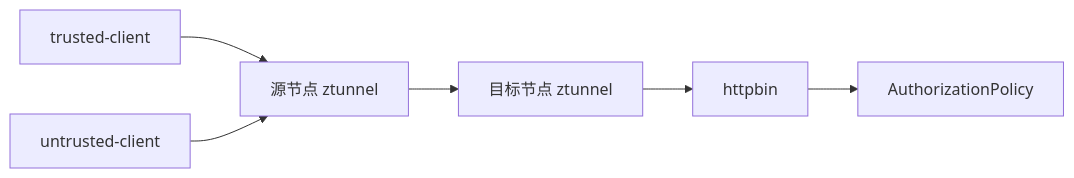
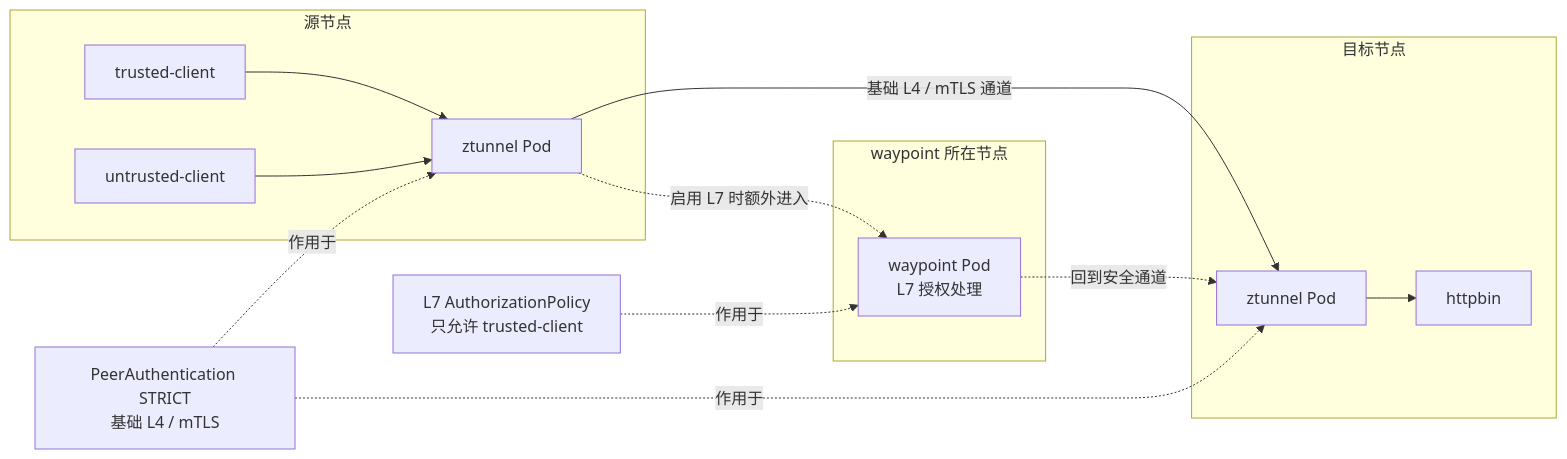
One commit to hwang-protocol/docker_k8s_2026 changed the fourth of 4 diagrams in k8s/05-security-and-zero-trust/docs/05_enable_jwt_and_mesh_security.md. Above: the diagram before and after it, drawn with Mermaid. The commit also changed other lines of this file, not shown here.

````diff
--- a/k8s/05-security-and-zero-trust/docs/05_enable_jwt_and_mesh_security.md
+++ b/k8s/05-security-and-zero-trust/docs/05_enable_jwt_and_mesh_security.md
@@ -146,8 +176,32 @@
 ```mermaid
 flowchart LR
-    trusted[trusted-client] --> ztunnelA[源节点 ztunnel]
-    untrusted[untrusted-client] --> ztunnelA
-    ztunnelA --> ztunnelB[目标节点 ztunnel]
-    ztunnelB --> httpbinSvc[httpbin]
-    httpbinSvc --> meshAuthz[AuthorizationPolicy]
+    subgraph nodeA[源节点]
+        trusted[trusted-client]
+        untrusted[untrusted-client]
+        ztunnelA[ztunnel Pod]
+    end
+
+    subgraph nodeW[waypoint 所在节点]
+        waypoint[waypoint Pod<br/>L7 授权处理]
+    end
+
+    subgraph nodeB[目标节点]
+        ztunnelB[ztunnel Pod]
+        httpbinSvc[httpbin]
+    end
+
+    meshMtls[PeerAuthentication STRICT<br/>基础 L4 / mTLS]
+    meshAuthz[L7 AuthorizationPolicy<br/>只允许 trusted-client]
+
+    trusted --> ztunnelA
+    untrusted --> ztunnelA
+
+    ztunnelA -->|基础 L4 / mTLS 通道| ztunnelB
+    ztunnelB --> httpbinSvc
+
+    ztunnelA -. 启用 L7 时额外进入 .-> waypoint
+    waypoint -. 回到安全通道 .-> ztunnelB
+    meshMtls -. 作用于 .-> ztunnelA
+    meshMtls -. 作用于 .-> ztunnelB
+    meshAuthz -. 作用于 .-> waypoint
 ```
````
